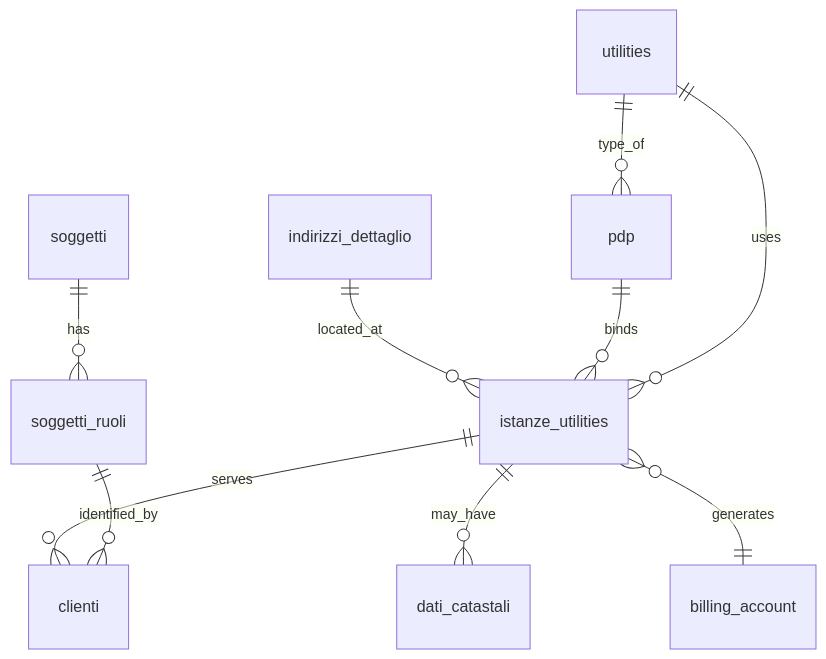
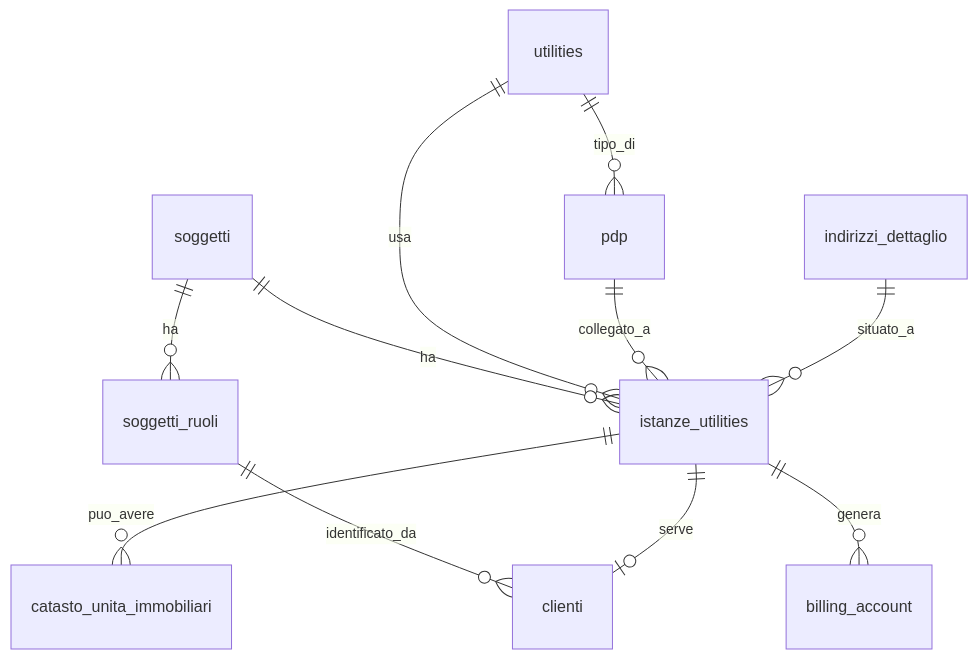
Before and after one commit to Tito-it/ZeroErp: the diagram in docs/it/guide/gestione-delle-istanze-utility.md, drawn with Mermaid. The commit also changed other lines of this file and 26 other files, not shown here.

````diff
--- a/docs/it/guide/gestione-delle-istanze-utility.md
+++ b/docs/it/guide/gestione-delle-istanze-utility.md
@@ -211,14 +239,15 @@
 ```mermaid
 erDiagram
-    indirizzi_dettaglio ||--o{ istanze_utilities : located_at
-    istanze_utilities ||--o{ clienti : serves
-    istanze_utilities ||--o{ dati_catastali : may_have
-    istanze_utilities }o--|| billing_account : generates
+    indirizzi_dettaglio ||--o{ istanze_utilities : situato_a
+    istanze_utilities ||--o| clienti : serve
+    istanze_utilities ||--o{ catasto_unita_immobiliari : puo_avere
+    istanze_utilities ||--o{ billing_account : genera
 
-    pdp ||--o{ istanze_utilities : binds
-    utilities ||--o{ pdp : type_of
-    utilities ||--o{ istanze_utilities : uses
+    pdp ||--o{ istanze_utilities : collegato_a
+    utilities ||--o{ pdp : tipo_di
+    utilities ||--o{ istanze_utilities : usa
 
-    soggetti ||--o{ soggetti_ruoli : has
-    soggetti_ruoli ||--o{ clienti : identified_by
+    soggetti ||--o{ istanze_utilities : ha
+    soggetti ||--o{ soggetti_ruoli : ha
+    soggetti_ruoli ||--o{ clienti : identificato_da
 ```
````
